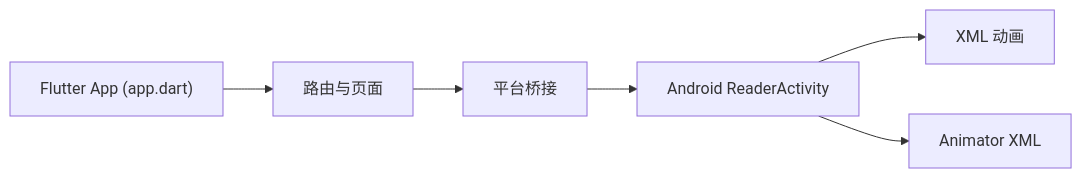
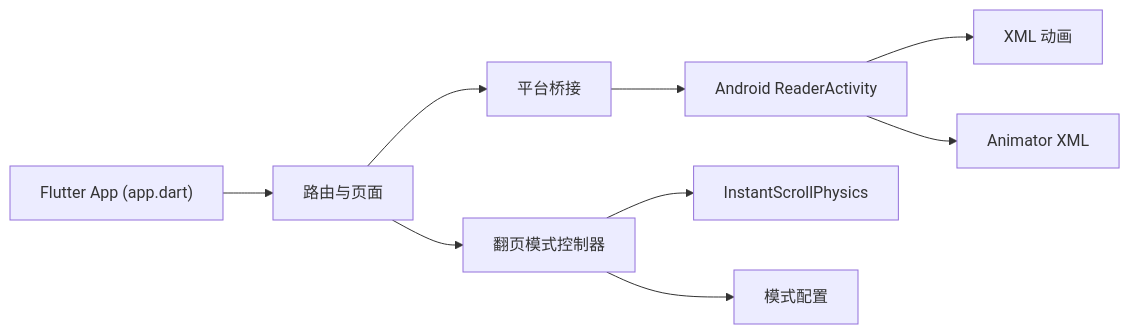
The fourth of 4 diagrams in .qoder/repowiki/zh/content/Flutter跨平台应用/UI组件系统/动画和过渡效果.md (ZhangGHGitHub/LegadoTeamFlutter), drawn with Mermaid before and after one commit. The commit also changed other lines of this file and 660 other files, not shown here.

````diff
--- a/.qoder/repowiki/zh/content/Flutter跨平台应用/UI组件系统/动画和过渡效果.md
+++ b/.qoder/repowiki/zh/content/Flutter跨平台应用/UI组件系统/动画和过渡效果.md
@@ -163,8 +204,11 @@
 ```mermaid
 graph LR
 FApp["Flutter App (app.dart)"] --> FRoutes["路由与页面"]
 FRoutes --> Bridge["平台桥接"]
 Bridge --> AAct["Android ReaderActivity"]
 AAct --> AnimXML["XML 动画"]
 AAct --> AnimatorXML["Animator XML"]
+FRoutes --> FMController["翻页模式控制器"]
+FMController --> ISP["InstantScrollPhysics"]
+FMController --> ModeConfig["模式配置"]
 ```
````
